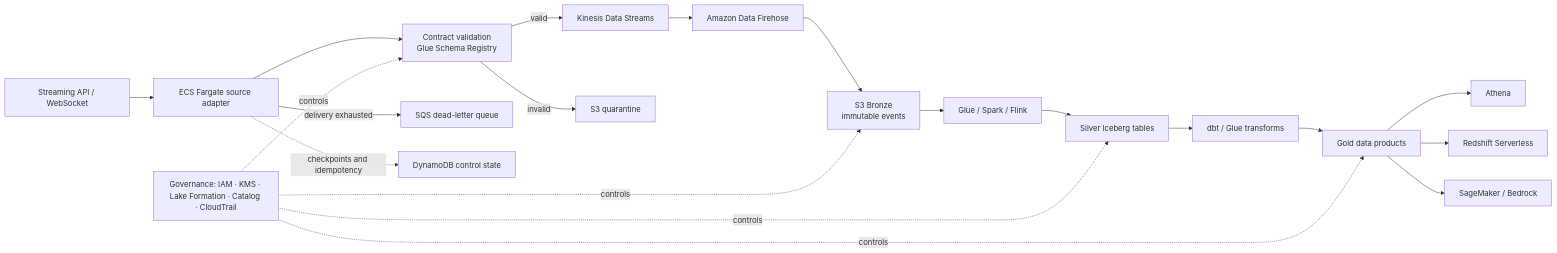
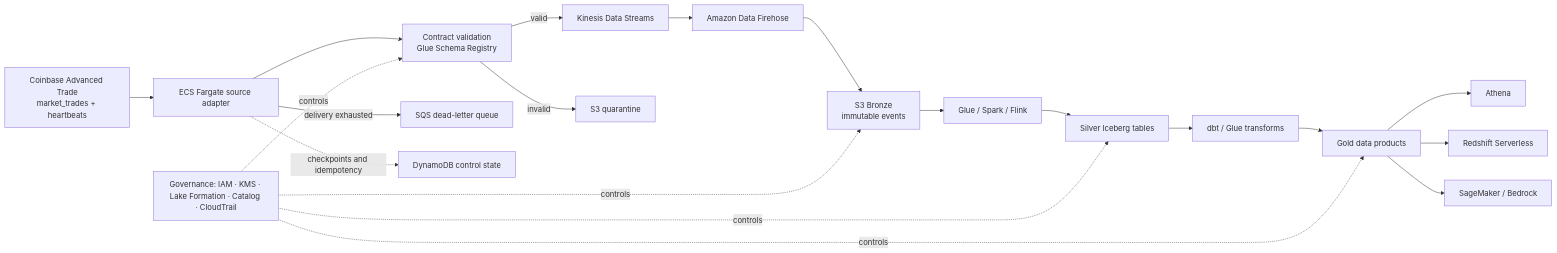
Before and after one commit to PARESHRANJAN299/Data_Architecture_Engineering_2026_Paresh: the second of 2 diagrams in 10_Projects_Portfolio/LCA_Governed_Source_to_Gold_Streaming_AI_Data_Platform/README.md, drawn with Mermaid. The commit also changed other lines of this file and 13 other files, not shown here.

Commit message:
Lock Coinbase as Phase 1 streaming source

````diff
--- a/10_Projects_Portfolio/LCA_Governed_Source_to_Gold_Streaming_AI_Data_Platform/README.md
+++ b/10_Projects_Portfolio/LCA_Governed_Source_to_Gold_Streaming_AI_Data_Platform/README.md
@@ -34,24 +50,24 @@
 ```mermaid
 flowchart LR
-    SRC[Streaming API / WebSocket] --> ECS[ECS Fargate source adapter]
+    SRC[Coinbase Advanced Trade<br/>market_trades + heartbeats] --> ECS[ECS Fargate source adapter]
     ECS --> VAL[Contract validation<br/>Glue Schema Registry]
     VAL -->|valid| KDS[Kinesis Data Streams]
     VAL -->|invalid| QUAR[S3 quarantine]
     ECS -->|delivery exhausted| DLQ[SQS dead-letter queue]
     ECS -. checkpoints and idempotency .-> DDB[DynamoDB control state]
 
     KDS --> FH[Amazon Data Firehose]
     FH --> BR[S3 Bronze<br/>immutable events]
     BR --> ETL[Glue / Spark / Flink]
     ETL --> SI[Silver Iceberg tables]
     SI --> TR[dbt / Glue transforms]
     TR --> GO[Gold data products]
     GO --> ATH[Athena]
     GO --> RS[Redshift Serverless]
     GO --> AI[SageMaker / Bedrock]
 
     GOV[Governance: IAM · KMS · Lake Formation · Catalog · CloudTrail] -. controls .-> VAL
     GOV -. controls .-> BR
     GOV -. controls .-> SI
     GOV -. controls .-> GO
 ```
````
